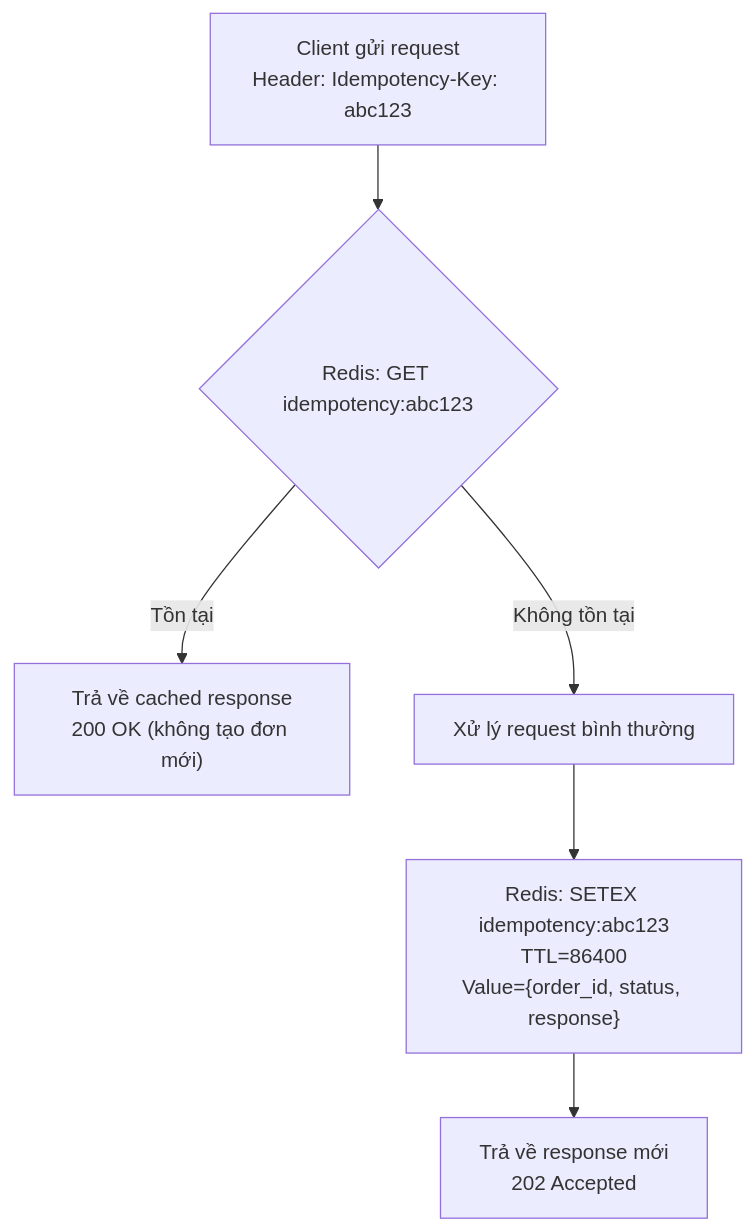
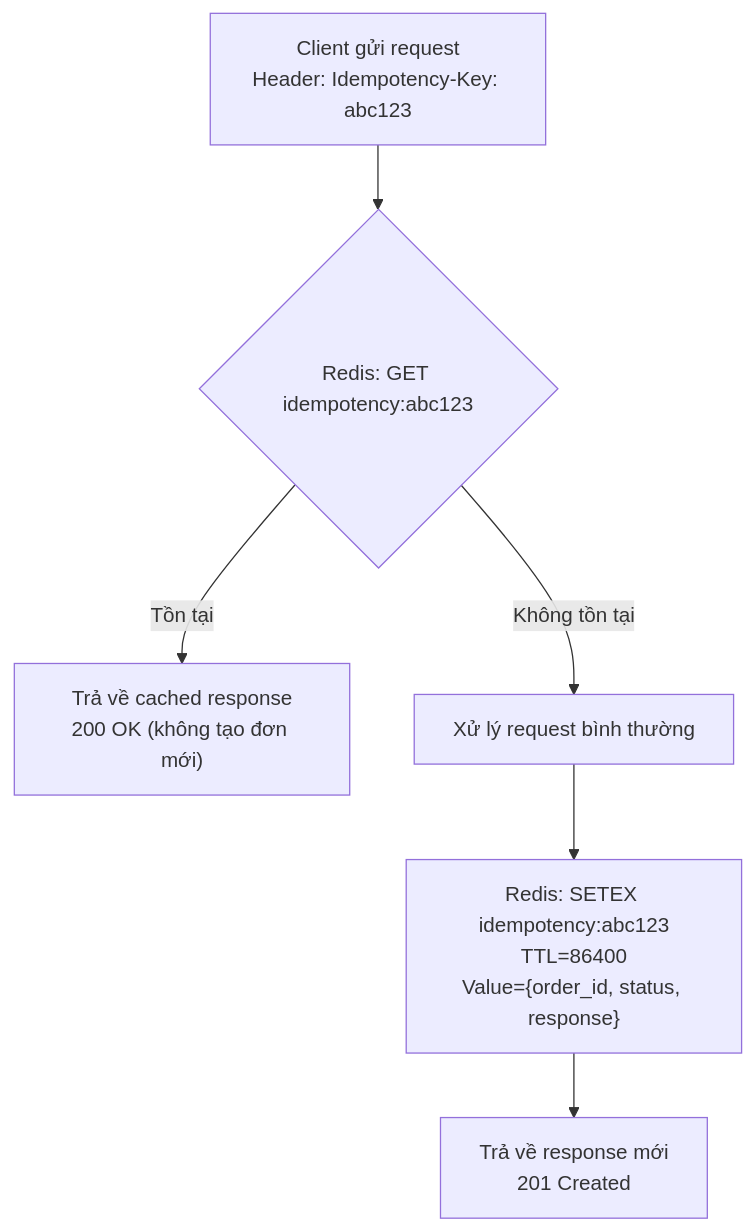
One commit to TriNgoc2077/ApexStock changed the sixth of 17 diagrams in docs/design/01-system-architecture.md. Above: the diagram before and after it, drawn with Mermaid. The commit also changed other lines of this file and 26 other files, not shown here.

````diff
--- a/docs/design/01-system-architecture.md
+++ b/docs/design/01-system-architecture.md
@@ -544,8 +554,8 @@
 ```mermaid
 flowchart TD
     A["Client gửi request<br/>Header: Idempotency-Key: abc123"] --> B{"Redis: GET idempotency:abc123"}
     B -->|Tồn tại| C["Trả về cached response<br/>200 OK (không tạo đơn mới)"]
     B -->|Không tồn tại| D["Xử lý request bình thường"]
     D --> E["Redis: SETEX idempotency:abc123<br/>TTL=86400<br/>Value={order_id, status, response}"]
-    E --> F["Trả về response mới<br/>202 Accepted"]
+    E --> F["Trả về response mới<br/>201 Created"]
 ```
````
